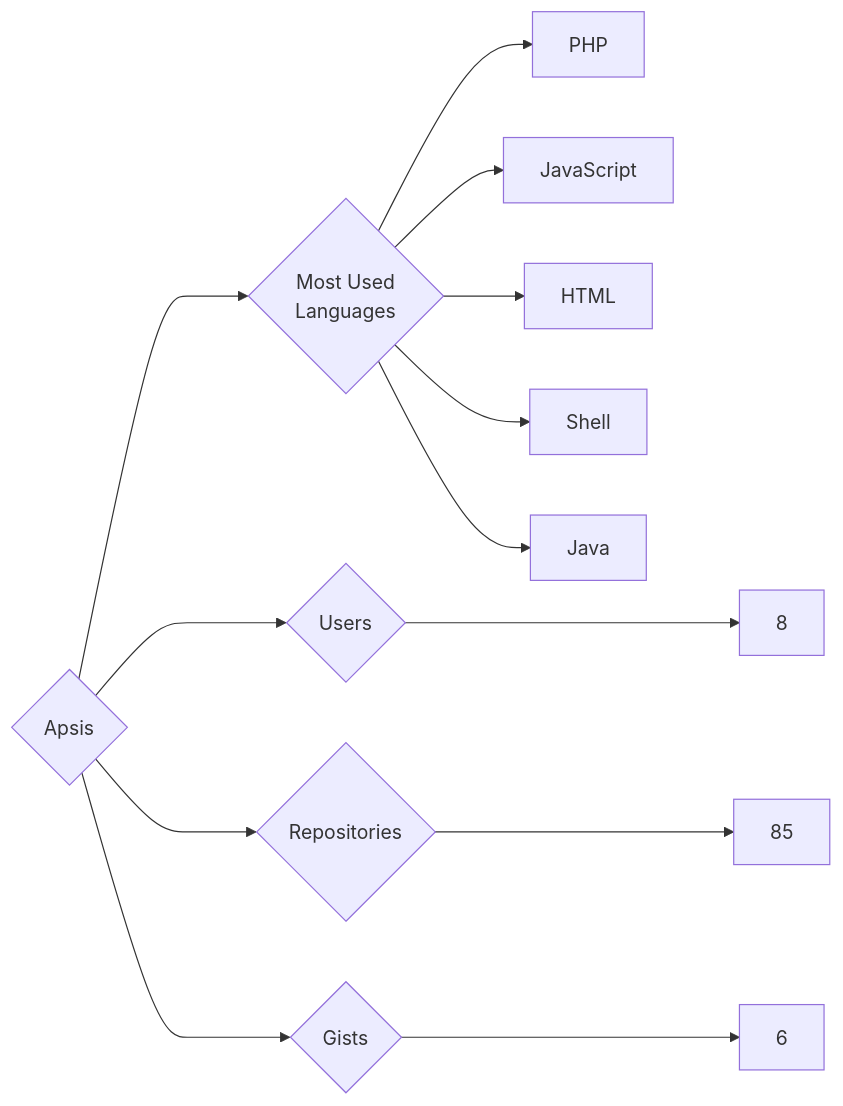
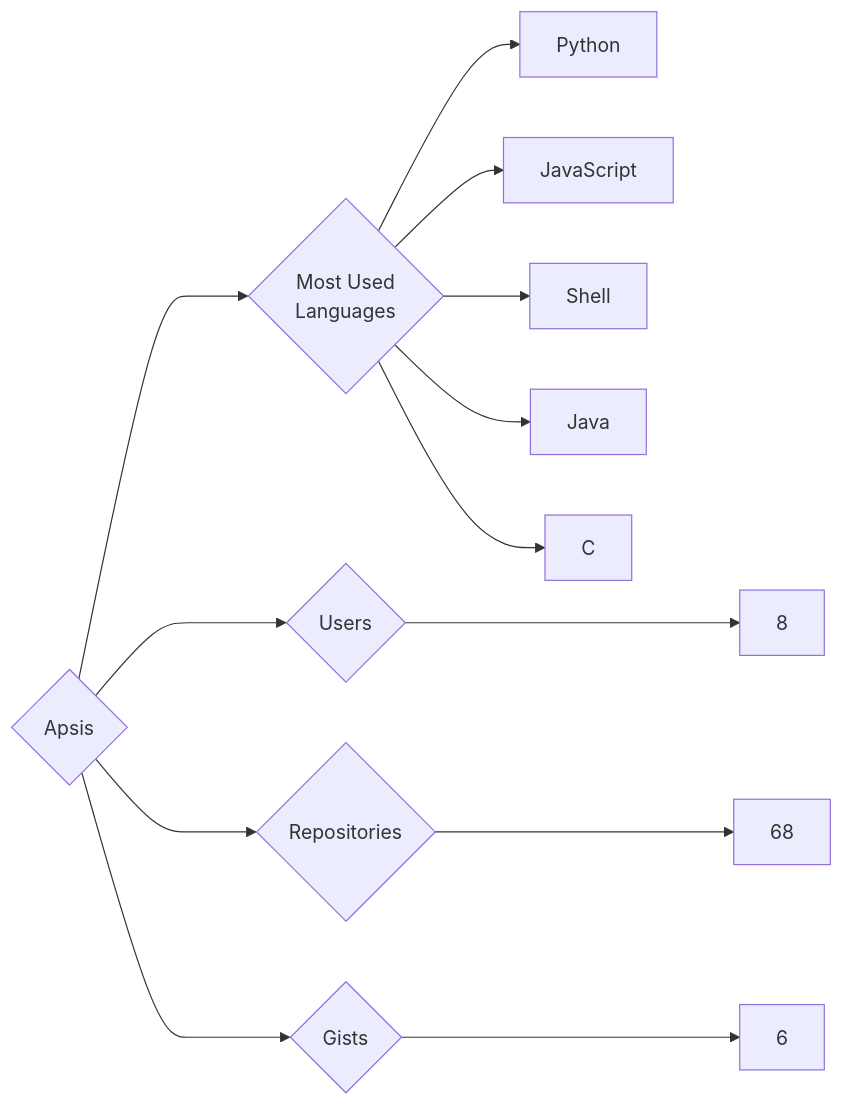
One commit to trickest/insiders changed the diagram in targets/Apsis/README.md. Above: the diagram before and after it, drawn with Mermaid. The commit also changed 1020 other files, not shown here.

````diff
--- a/targets/Apsis/README.md
+++ b/targets/Apsis/README.md
@@ -3,13 +3,13 @@
 ```mermaid
 graph LR
 COMPANY_NAME{Apsis}
 COMPANY_NAME ---> U{Users} ---> UN[8]
-COMPANY_NAME ---> R{Repositories} ---> RN[85]
+COMPANY_NAME ---> R{Repositories} ---> RN[68]
 COMPANY_NAME ---> G{Gists} ---> GN[6]
 COMPANY_NAME ---> ML{Most Used<br>Languages}
-ML --> PHP[PHP]
+ML --> Python[Python]
 ML --> JavaScript[JavaScript]
-ML --> HTML[HTML]
 ML --> Shell[Shell]
 ML --> Java[Java]
+ML --> C[C]
 ```
````
